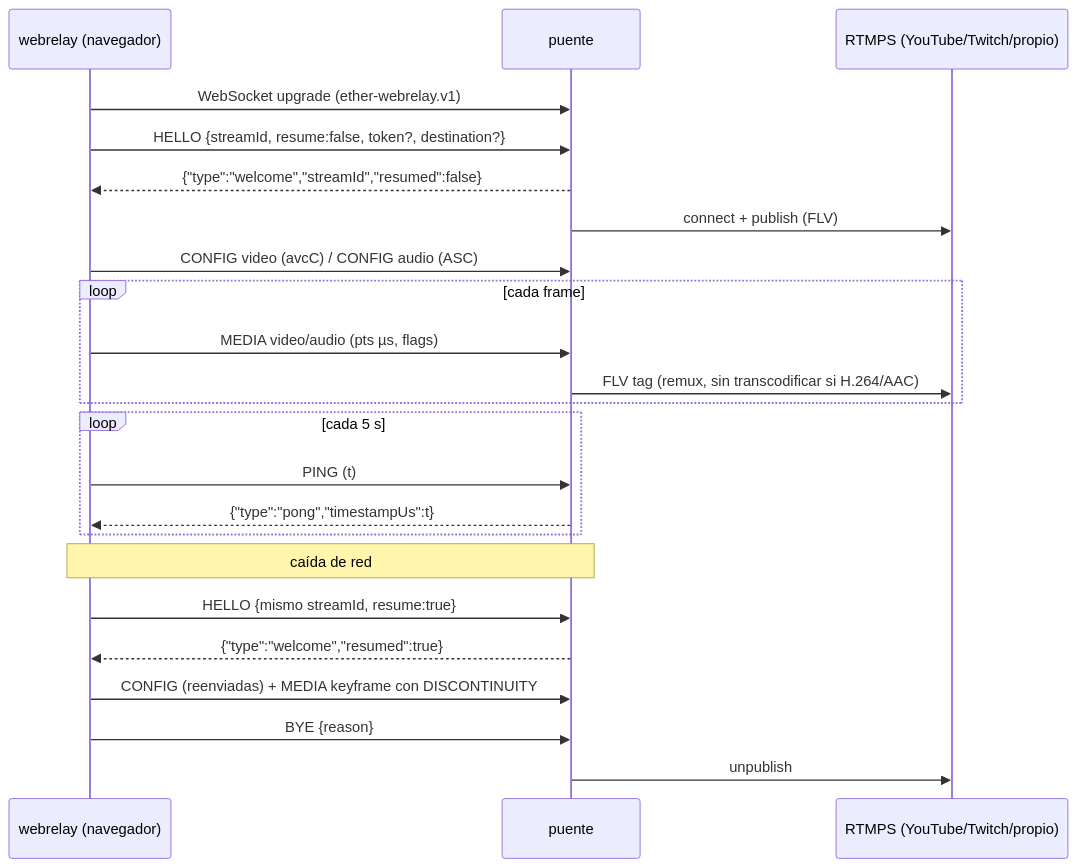
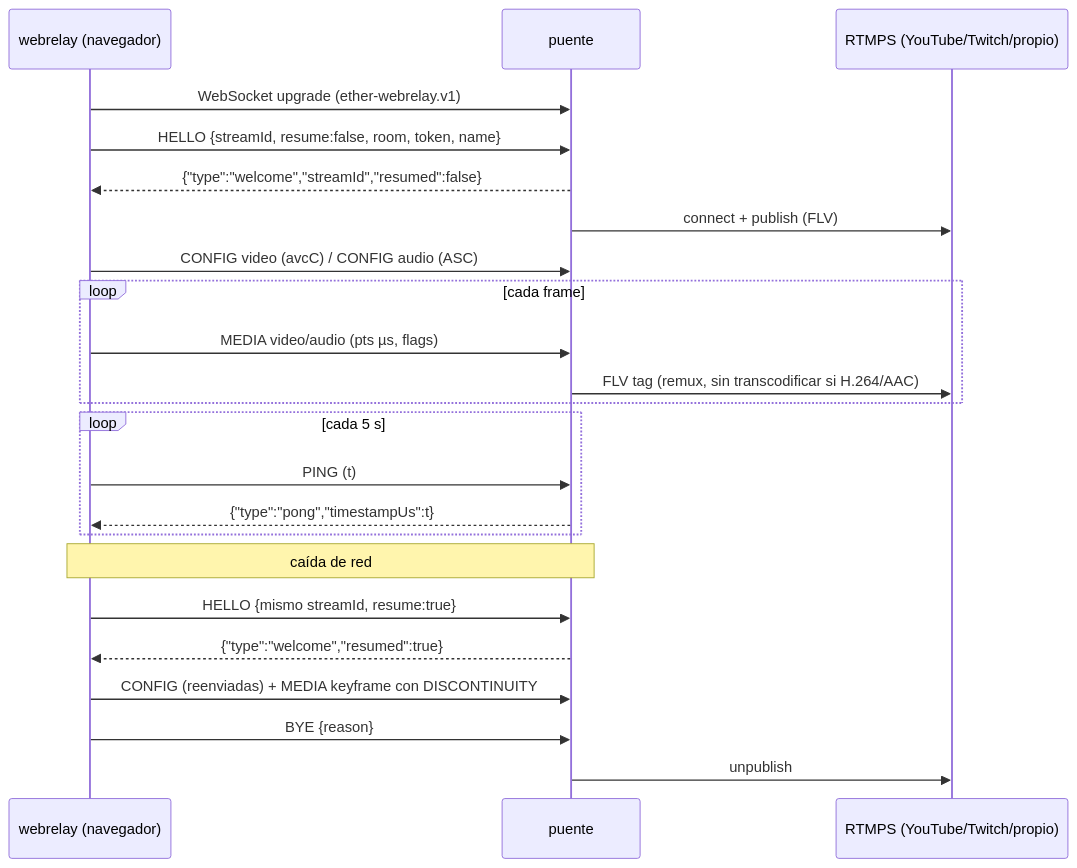
One commit to rafex/ether-webrelay changed the diagram in docs/protocol.md. Above: the diagram before and after it, drawn with Mermaid. The commit also changed other lines of this file and 8 other files, not shown here.

````diff
--- a/docs/protocol.md
+++ b/docs/protocol.md
@@ -24,25 +24,25 @@
 ```mermaid
 sequenceDiagram
     participant W as webrelay (navegador)
     participant B as puente
     participant R as RTMPS (YouTube/Twitch/propio)
     W->>B: WebSocket upgrade (ether-webrelay.v1)
-    W->>B: HELLO {streamId, resume:false, token?, destination?}
+    W->>B: HELLO {streamId, resume:false, room, token, name}
     B-->>W: {"type":"welcome","streamId","resumed":false}
     B->>R: connect + publish (FLV)
     W->>B: CONFIG video (avcC) / CONFIG audio (ASC)
     loop cada frame
         W->>B: MEDIA video/audio (pts µs, flags)
         B->>R: FLV tag (remux, sin transcodificar si H.264/AAC)
     end
     loop cada 5 s
         W->>B: PING (t)
         B-->>W: {"type":"pong","timestampUs":t}
     end
     Note over W,B: caída de red
     W->>B: HELLO {mismo streamId, resume:true}
     B-->>W: {"type":"welcome","resumed":true}
     W->>B: CONFIG (reenviadas) + MEDIA keyframe con DISCONTINUITY
     W->>B: BYE {reason}
     B->>R: unpublish
 ```
````
